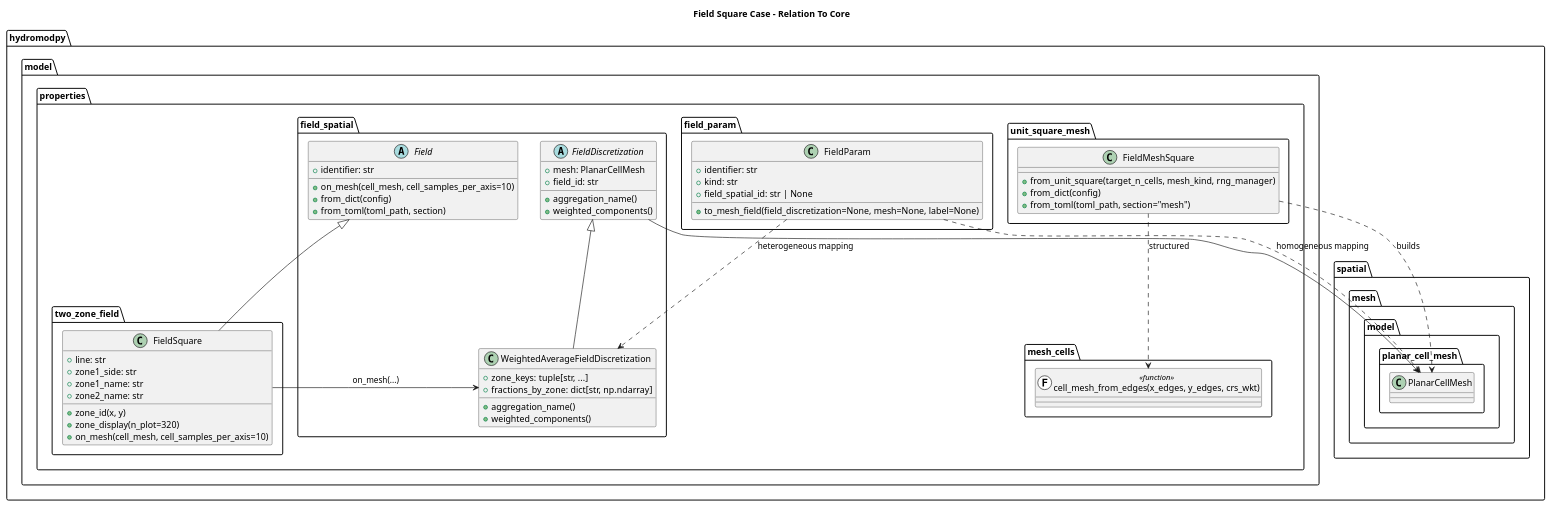
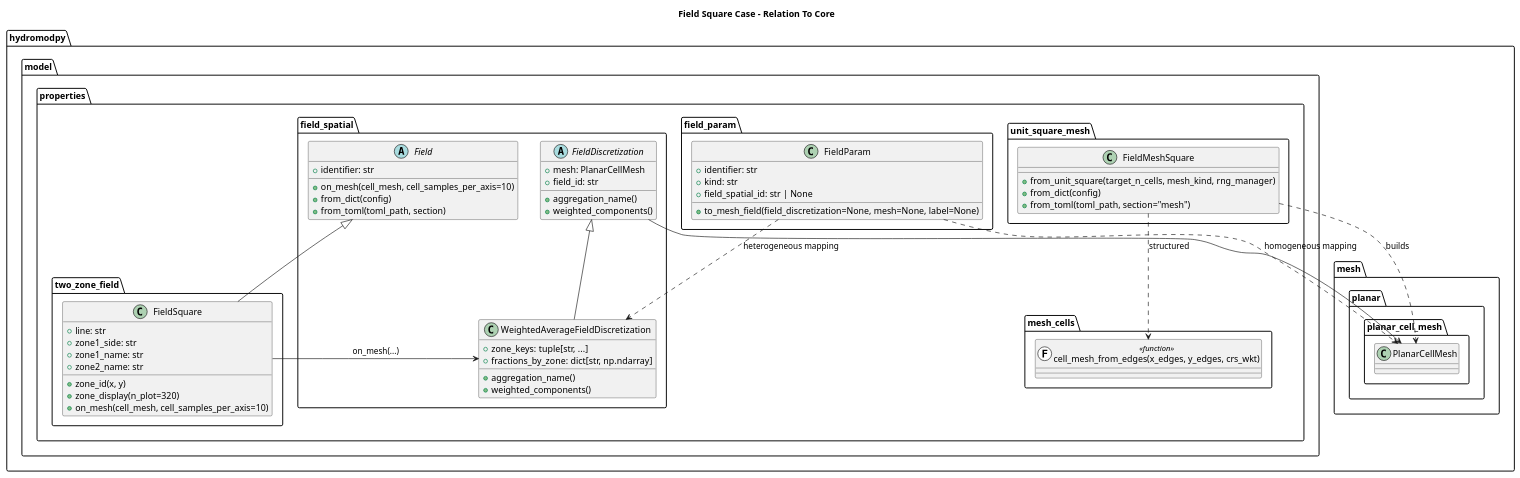
Before and after one commit to HydroModPy/HydroModPy: the diagram in docs/source/contribute/architecture/field/diagrams/field_spatial_cases_classes.wsd, drawn with PlantUML. The commit also changed 400 other files, not shown here.

Commit message:
refactor(mesh): create mesh from spatial/mesh, rename model to planar

```diff
--- a/docs/source/contribute/architecture/field/diagrams/field_spatial_cases_classes.wsd
+++ b/docs/source/contribute/architecture/field/diagrams/field_spatial_cases_classes.wsd
@@ -1,78 +1,78 @@
 @startuml
 title Field Square Case - Relation To Core
 
-package "hydromodpy.spatial.mesh.model.planar_cell_mesh" {
+package "hydromodpy.mesh.planar.planar_cell_mesh" {
   class PlanarCellMesh
 }
 
 package "hydromodpy.model.properties.mesh_cells" {
   class "cell_mesh_from_edges(x_edges, y_edges, crs_wkt)" as cell_mesh_from_edges << (F,#FFFFFF) function >>
 }
 
 package "hydromodpy.model.properties.field_spatial" {
   abstract class Field {
     +identifier: str
     +on_mesh(cell_mesh, cell_samples_per_axis=10)
     +from_dict(config)
     +from_toml(toml_path, section)
   }
 
   abstract class FieldDiscretization {
     +mesh: PlanarCellMesh
     +field_id: str
     +aggregation_name()
     +weighted_components()
   }
 }
 
 package "hydromodpy.model.properties.field_spatial" {
   class WeightedAverageFieldDiscretization {
     +zone_keys: tuple[str, ...]
     +fractions_by_zone: dict[str, np.ndarray]
     +aggregation_name()
     +weighted_components()
   }
 }
 
 package "hydromodpy.model.properties.field_param" {
   class FieldParam {
     +identifier: str
     +kind: str
     +field_spatial_id: str | None
     +to_mesh_field(field_discretization=None, mesh=None, label=None)
   }
 }
 
 package "hydromodpy.model.properties.two_zone_field" {
   class FieldSquare {
     +line: str
     +zone1_side: str
     +zone1_name: str
     +zone2_name: str
     +zone_id(x, y)
     +zone_display(n_plot=320)
     +on_mesh(cell_mesh, cell_samples_per_axis=10)
   }
 }
 
 package "hydromodpy.model.properties.unit_square_mesh" {
   class FieldMeshSquare {
     +from_unit_square(target_n_cells, mesh_kind, rng_manager)
     +from_dict(config)
     +from_toml(toml_path, section="mesh")
   }
 }
 
 Field <|-- FieldSquare
 FieldDiscretization <|-- WeightedAverageFieldDiscretization
 FieldDiscretization --> PlanarCellMesh
 
 FieldSquare --> WeightedAverageFieldDiscretization : on_mesh(...)
 
 FieldMeshSquare ..> cell_mesh_from_edges : structured
 FieldMeshSquare ..> PlanarCellMesh : builds
 
 FieldParam ..> PlanarCellMesh : homogeneous mapping
 FieldParam ..> WeightedAverageFieldDiscretization : heterogeneous mapping
 
 @enduml
```
